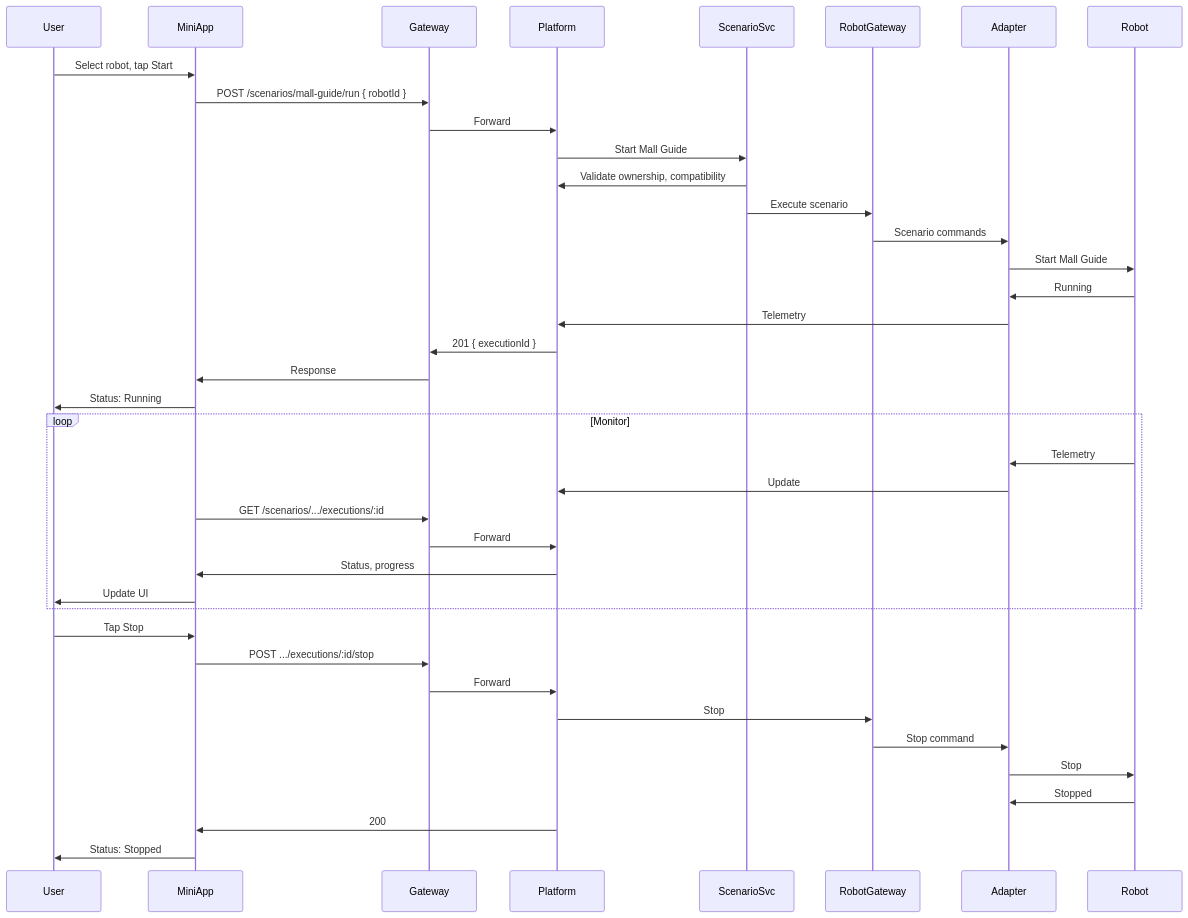
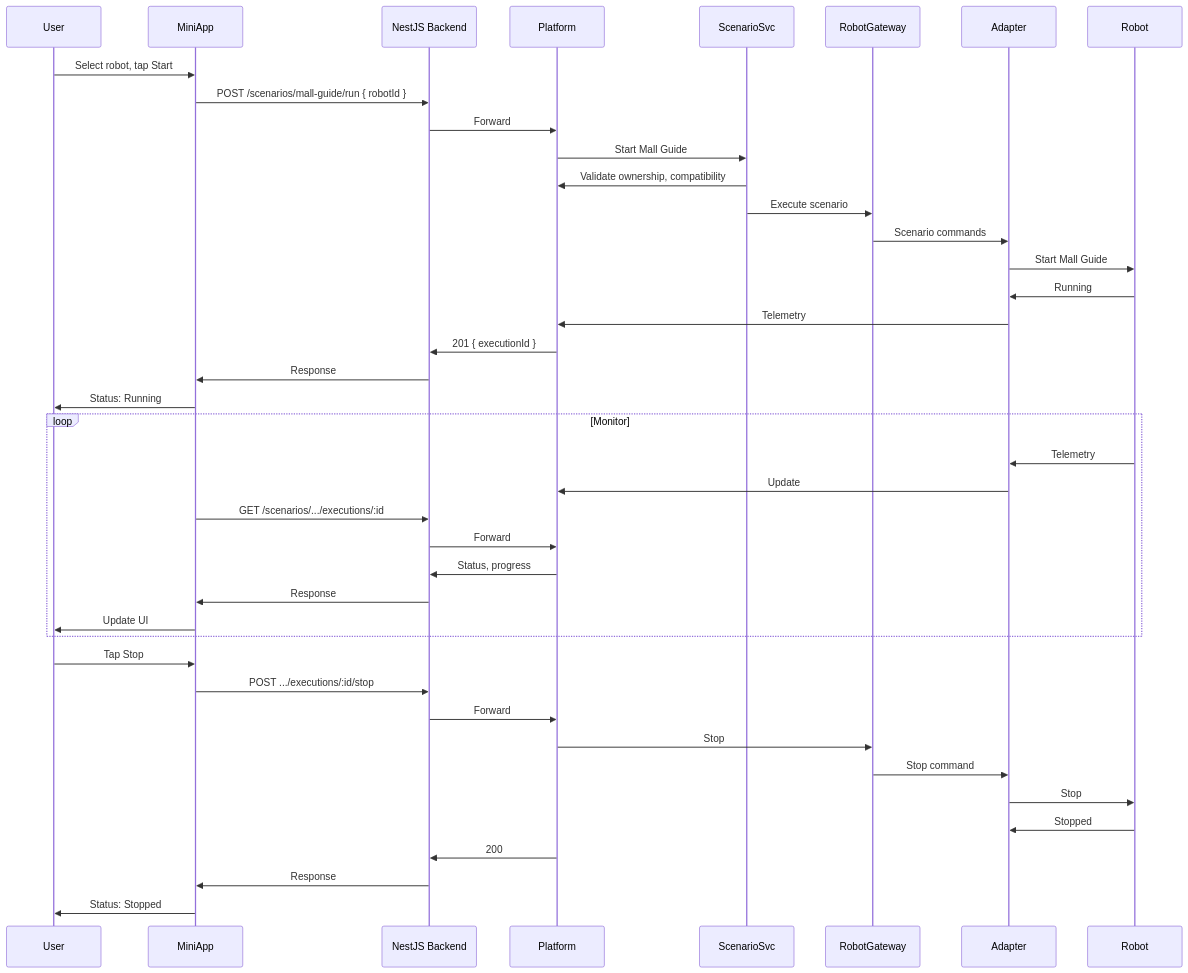
Before and after one commit to Saitosar/sai-aurosy-telegram-mini-app: the fifth of 5 diagrams in docs/architecture/integration-with-sai-platform.md, drawn with Mermaid. The commit also changed other lines of this file and 45 other files, not shown here.

Commit message:
Update environment configuration, enhance README, and refine backend architecture documentation. Added new dependencies for TON Connect and React Three Fiber, and improved API integration details in various documentation files.

````diff
--- a/docs/architecture/integration-with-sai-platform.md
+++ b/docs/architecture/integration-with-sai-platform.md
@@ -137,44 +136,46 @@
 ```mermaid
 sequenceDiagram
     participant User
     participant MiniApp
-    participant Gateway
+    participant Backend as NestJS Backend
     participant Platform
     participant ScenarioSvc
     participant RobotGateway
     participant Adapter
     participant Robot
 
     User->>MiniApp: Select robot, tap Start
-    MiniApp->>Gateway: POST /scenarios/mall-guide/run { robotId }
-    Gateway->>Platform: Forward
+    MiniApp->>Backend: POST /scenarios/mall-guide/run { robotId }
+    Backend->>Platform: Forward
     Platform->>ScenarioSvc: Start Mall Guide
     ScenarioSvc->>Platform: Validate ownership, compatibility
     ScenarioSvc->>RobotGateway: Execute scenario
     RobotGateway->>Adapter: Scenario commands
     Adapter->>Robot: Start Mall Guide
     Robot->>Adapter: Running
     Adapter->>Platform: Telemetry
-    Platform->>Gateway: 201 { executionId }
-    Gateway->>MiniApp: Response
+    Platform->>Backend: 201 { executionId }
+    Backend->>MiniApp: Response
     MiniApp->>User: Status: Running
 
     loop Monitor
         Robot->>Adapter: Telemetry
         Adapter->>Platform: Update
-        MiniApp->>Gateway: GET /scenarios/.../executions/:id
-        Gateway->>Platform: Forward
-        Platform->>MiniApp: Status, progress
+        MiniApp->>Backend: GET /scenarios/.../executions/:id
+        Backend->>Platform: Forward
+        Platform->>Backend: Status, progress
+        Backend->>MiniApp: Response
         MiniApp->>User: Update UI
     end
 
     User->>MiniApp: Tap Stop
-    MiniApp->>Gateway: POST .../executions/:id/stop
-    Gateway->>Platform: Forward
+    MiniApp->>Backend: POST .../executions/:id/stop
+    Backend->>Platform: Forward
     Platform->>RobotGateway: Stop
     RobotGateway->>Adapter: Stop command
     Adapter->>Robot: Stop
     Robot->>Adapter: Stopped
-    Platform->>MiniApp: 200
+    Platform->>Backend: 200
+    Backend->>MiniApp: Response
     MiniApp->>User: Status: Stopped
 ```
````
